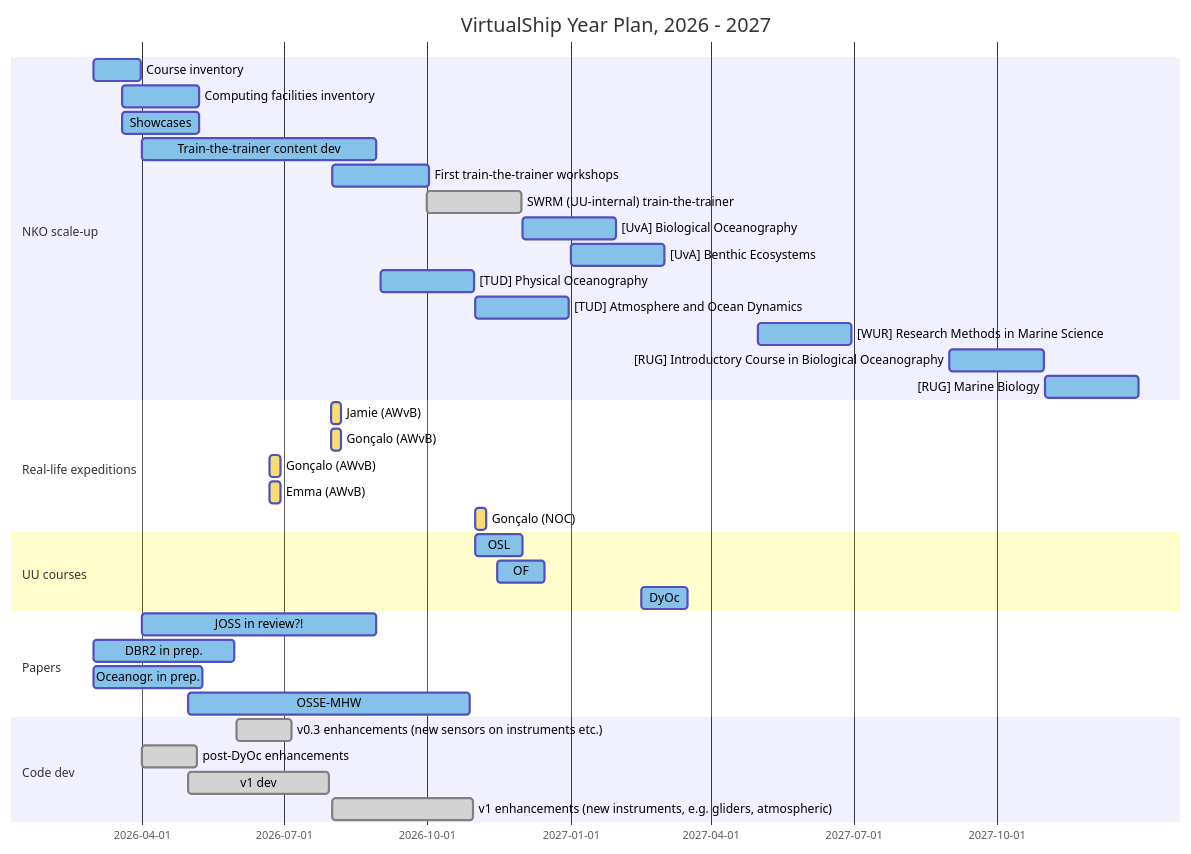
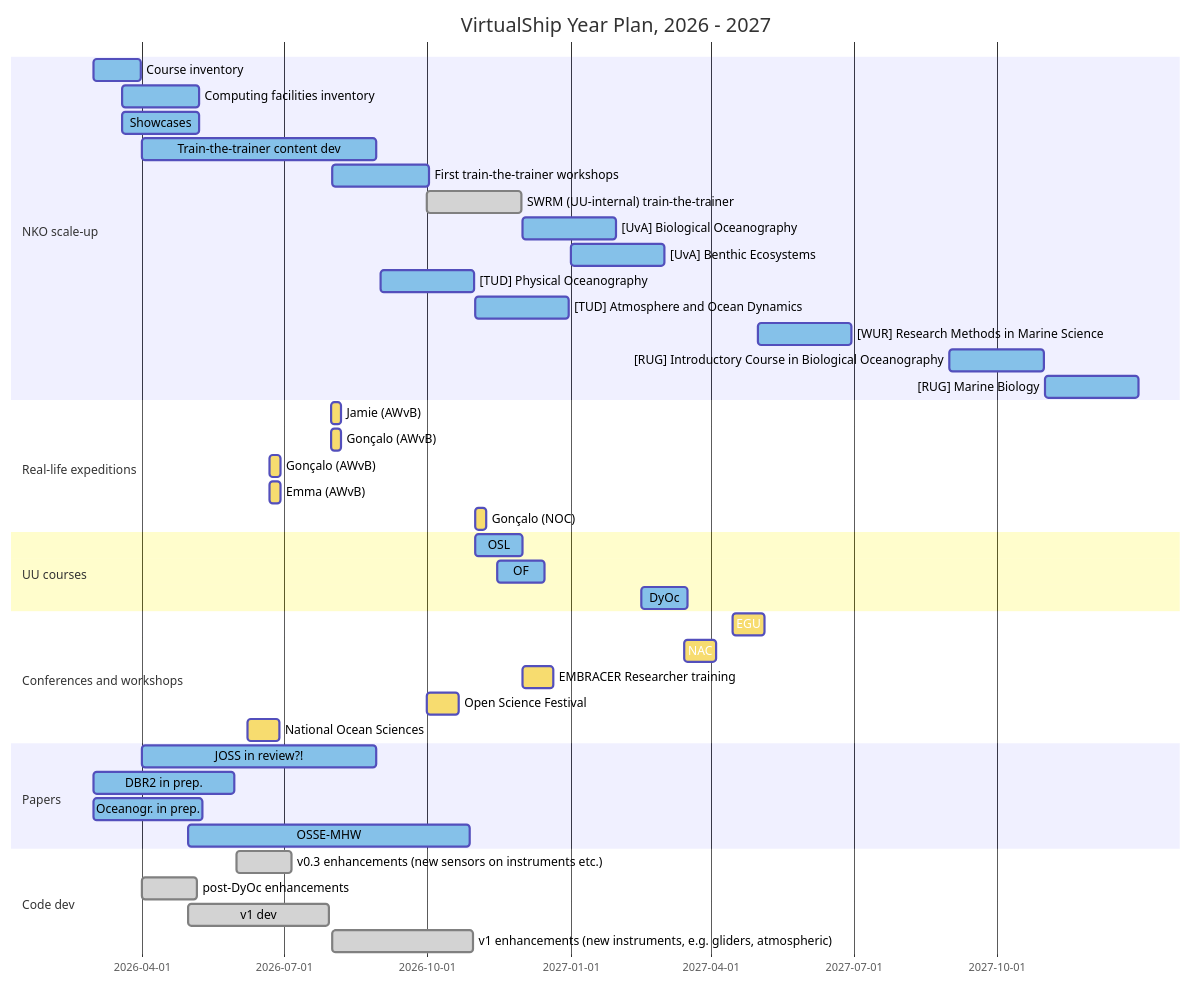
Before and after one commit to Parcels-code/virtualship: the diagram in docs/user-guide/developer-content/yearplan-26-27/gantt_2026-27.md, drawn with Mermaid.

Commit message:
add conferences, workshops

````diff
--- a/docs/user-guide/developer-content/yearplan-26-27/gantt_2026-27.md
+++ b/docs/user-guide/developer-content/yearplan-26-27/gantt_2026-27.md
@@ -1,58 +1,65 @@
 ```mermaid
 ---
 config:
   theme: default
 ---
 %%{init: { 'themeVariables': {
     'doneTaskBkgColor': '#d3d3d3',
     'activeTaskBkgColor': '#85C1E9',
     'taskBkgColor': '#F7DC6F',
     'critBorderColor': '#ff0000'
 }}}%%
 gantt
     title VirtualShip Year Plan, 2026 - 2027
     dateFormat  YYYY-MM-DD
     tickInterval 3month
     weekday monday
 
     section NKO scale-up
     Course inventory    :active, 2026-03-01, 30d
     Computing facilities inventory :active, 2026-03-19, 50d
     Showcases           :active, 2026-03-19, 50d
     Train-the-trainer content dev   :active, 2026-04-01, 150d
     First train-the-trainer workshops :active, 2026-08-01, 62d
     SWRM (UU-internal) train-the-trainer :done, 2026-10-01, 60d
     [UvA] Biological Oceanography :active, 2026-12-01, 60d
     [UvA] Benthic Ecosystems :active, 2027-01-01, 60d
     [TUD] Physical Oceanography :active, 2026-09-01, 60d
     [TUD] Atmosphere and Ocean Dynamics :active, 2026-11-01, 60d
     [WUR] Research Methods in Marine Science :active, 2027-05-01, 60d
     [RUG] Introductory Course in Biological Oceanography :active, 2027-09-01, 60d
     [RUG] Marine Biology :active, 2027-11-01, 60d
 
     section Real-life expeditions
     Jamie (AWvB) :, 2026-07-31, 7d
     Gonçalo (AWvB) :, 2026-07-31, 7d
     Gonçalo (AWvB) :, 2026-06-22, 7d
     Emma (AWvB) :, 2026-06-22, 7d
     Gonçalo (NOC) :, 2026-11-01, 7d
 
     section UU courses
     OSL :active, 2026-11-01, 30d
     OF  :active, 2026-11-15, 30d
     DyOc :active, 2027-02-15, 30d
 
+    section Conferences and workshops
+    EGU :, 2027-04-15, 20d
+    NAC :, 2027-03-15, 20d
+    EMBRACER Researcher training :, 2026-12-01, 20d
+    Open Science Festival :, 2026-10-01, 20d
+    National Ocean Sciences :, 2026-06-08, 20d
+
     section Papers
     JOSS in review?! :active, 2026-04-01, 150d
     DBR2 in prep. :active, 2026-03-01, 90d
     Oceanogr. in prep. :active, 2026-03-01, 70d
     OSSE-MHW :active, 2026-05-01, 180d
 
 
     section Code dev
     v0.3 enhancements (new sensors on instruments etc.) :done, 2026-06-01, 35d
     post-DyOc enhancements :done, 2026-04-01, 35d
     v1 dev       :done, 2026-05-01, 90d
     v1 enhancements (new instruments, e.g. gliders, atmospheric) :done, 2026-08-01, 90d
 
 ```
````
